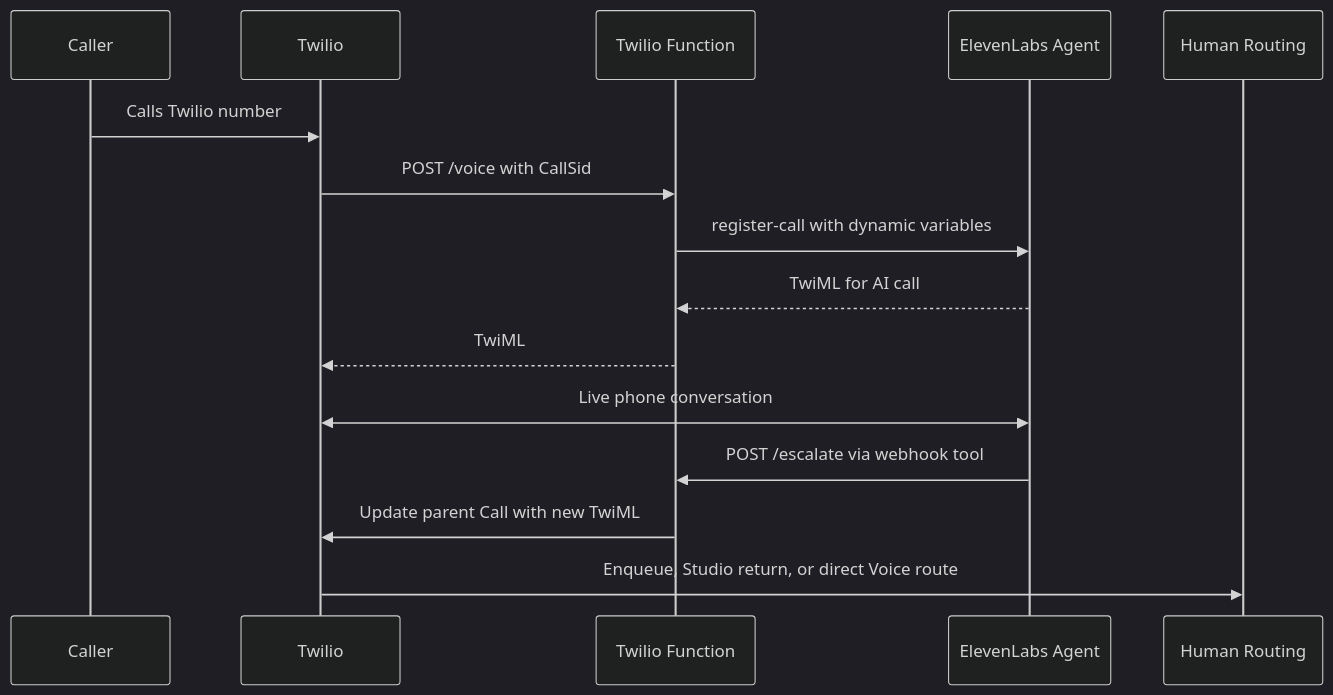
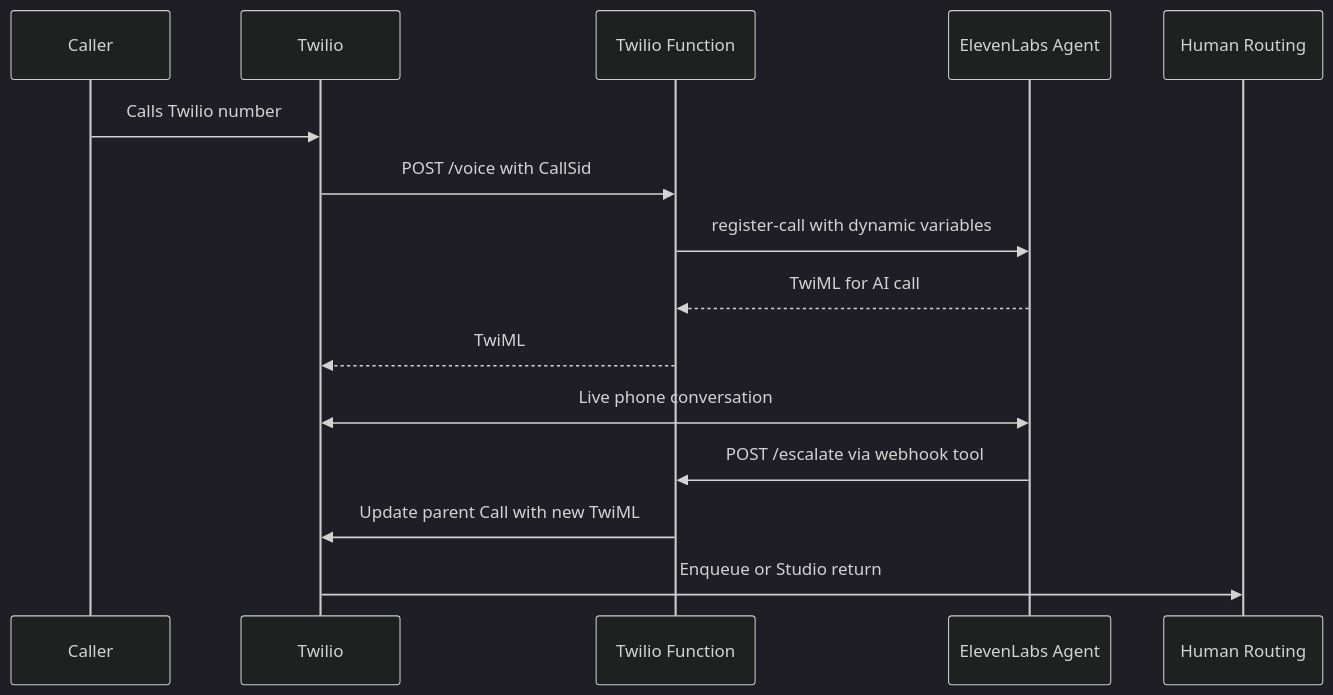
Before and after one commit to rbangueses/twilio-elevenlabs-call-handoff-blueprint: the diagram in docs/architecture.md, drawn with Mermaid (dark theme). The commit also changed other lines of this file and 24 other files, not shown here.

````diff
--- a/docs/architecture.md
+++ b/docs/architecture.md
@@ -7,18 +7,18 @@
 ```mermaid
 sequenceDiagram
   participant Caller
   participant Twilio
   participant Function as Twilio Function
   participant Eleven as ElevenLabs Agent
   participant Human as Human Routing
 
   Caller->>Twilio: Calls Twilio number
   Twilio->>Function: POST /voice with CallSid
   Function->>Eleven: register-call with dynamic variables
   Eleven-->>Function: TwiML for AI call
   Function-->>Twilio: TwiML
   Twilio<<->>Eleven: Live phone conversation
   Eleven->>Function: POST /escalate via webhook tool
   Function->>Twilio: Update parent Call with new TwiML
-  Twilio->>Human: Enqueue, Studio return, or direct Voice route
+  Twilio->>Human: Enqueue or Studio return
 ```
````
